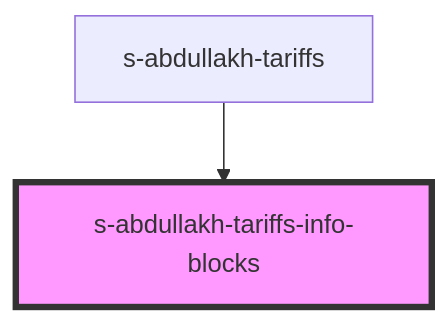
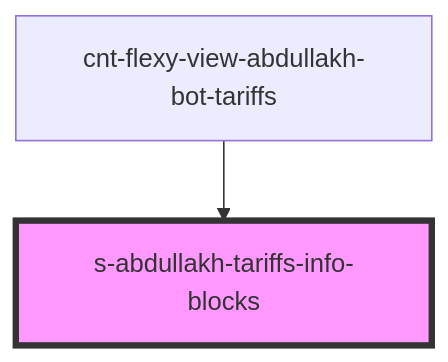
The diagram in src/components/cnt-flexy-view-abdullakh-bot-tariffs-1_0_0/res/view/cnt-flexy-view-abdullakh-bot-tariffs/res/view/s-abdullakh-tariffs-info-blocks/readme.md (Wokh-Dada/botdevelopmentapp), drawn with Mermaid before and after one commit. The commit also changed other lines of this file and 138 other files, not shown here.

````diff
--- a/src/components/cnt-flexy-view-abdullakh-bot-tariffs-1_0_0/res/view/cnt-flexy-view-abdullakh-bot-tariffs/res/view/s-abdullakh-tariffs-info-blocks/readme.md
+++ b/src/components/cnt-flexy-view-abdullakh-bot-tariffs-1_0_0/res/view/cnt-flexy-view-abdullakh-bot-tariffs/res/view/s-abdullakh-tariffs-info-blocks/readme.md
@@ -30,5 +30,5 @@
 ```mermaid
 graph TD;
-  s-abdullakh-tariffs --> s-abdullakh-tariffs-info-blocks
+  cnt-flexy-view-abdullakh-bot-tariffs --> s-abdullakh-tariffs-info-blocks
   style s-abdullakh-tariffs-info-blocks fill:#f9f,stroke:#333,stroke-width:4px
 ```
````
